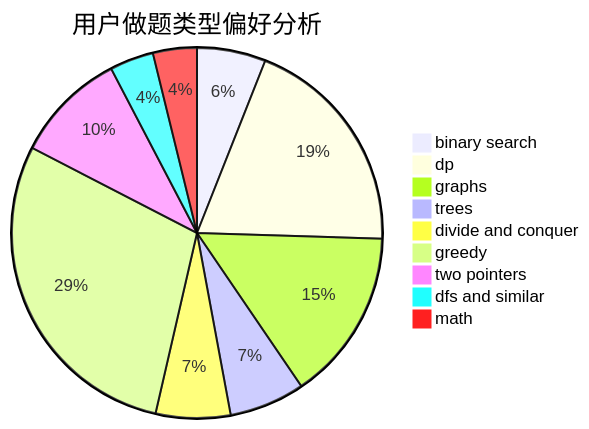
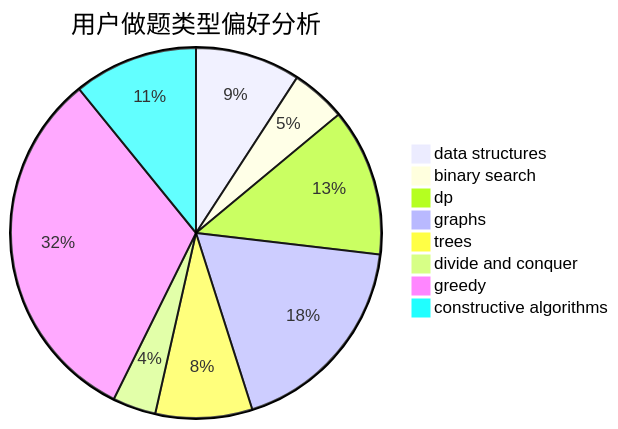
One commit to sherpahu/cfrs.github.io changed the second of 3 diagrams in docs/user/u323.md. Above: the diagram before and after it, drawn with Mermaid. The commit also changed other lines of this file and 2775 other files, not shown here.

````diff
--- a/docs/user/u323.md
+++ b/docs/user/u323.md
@@ -23,12 +23,11 @@
 ```mermaid
 pie title 用户做题类型偏好分析
-    "binary search" :  141
-    "dp" :  458
-    "graphs" :  352
-    "trees" :  155
-    "divide and conquer" :  153
-    "greedy" :  681
-    "two pointers" :  229
-    "dfs and similar" :  90
-    "math" :  90
+    "data structures" :  153
+    "binary search" :  80
+    "dp" :  215
+    "graphs" :  304
+    "trees" :  141
+    "divide and conquer" :  63
+    "greedy" :  531
+    "constructive algorithms" :  181
 ```
````
